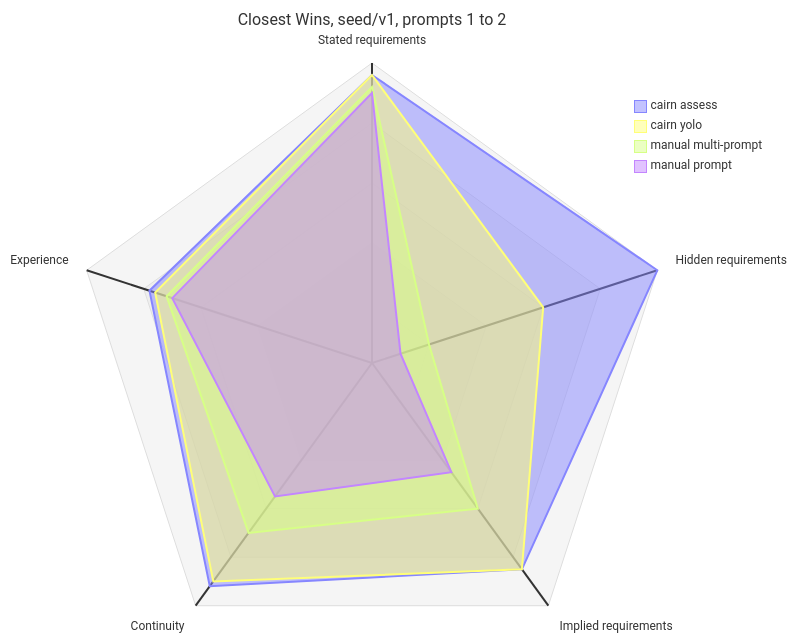
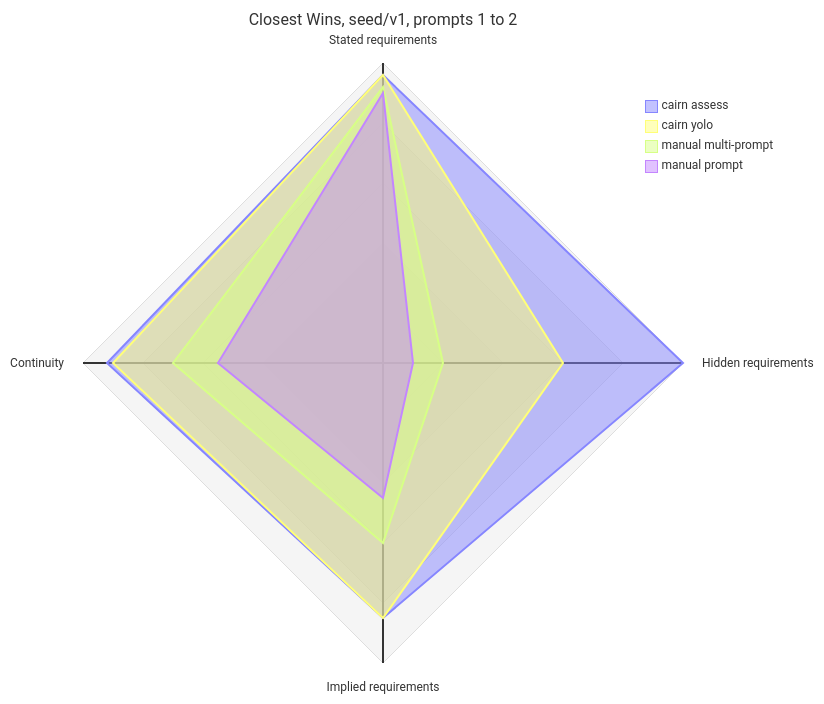
Before and after one commit to uHappyLogic/cairn: the diagram in ideas/benchmark_for_cairn.md, drawn with Mermaid. The commit also changed other lines of this file, not shown here.

Commit message:
Automate the rater and drop the Experience axis from the benchmark draft

````diff
--- a/ideas/benchmark_for_cairn.md
+++ b/ideas/benchmark_for_cairn.md
@@ -361,15 +373,15 @@
 ```mermaid
 radar-beta
   title Closest Wins, seed/v1, prompts 1 to 2
   axis stated["Stated requirements"], hidden["Hidden requirements"], implied["Implied requirements"]
-  axis continuity["Continuity"], experience["Experience"]
-  curve assess["cairn assess"]{96, 100, 85, 92, 78}
-  curve yolo["cairn yolo"]{96, 60, 85, 90, 76}
-  curve multi["manual multi-prompt"]{92, 20, 60, 70, 72}
-  curve manual["manual prompt"]{90, 10, 45, 55, 70}
+  axis continuity["Continuity"]
+  curve assess["cairn assess"]{96, 100, 85, 92}
+  curve yolo["cairn yolo"]{96, 60, 85, 90}
+  curve multi["manual multi-prompt"]{92, 20, 60, 70}
+  curve manual["manual prompt"]{90, 10, 45, 55}
   max 100
   min 0
   ticks 5
   graticule polygon
   showLegend true
 ```
````
